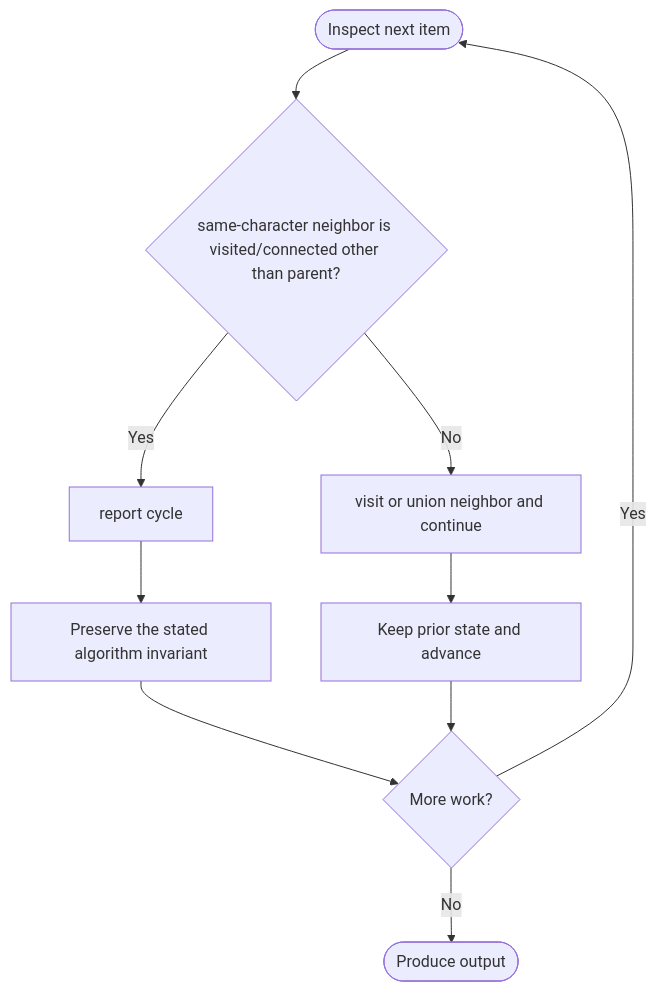
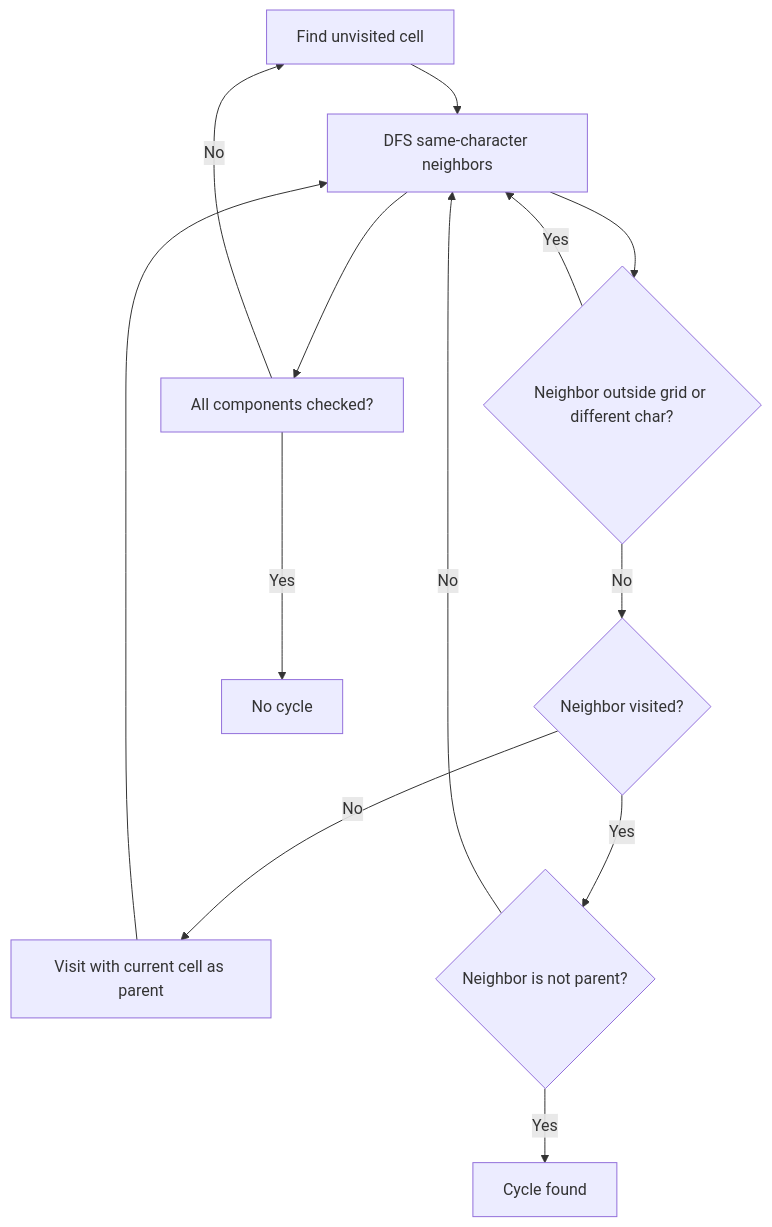
One commit to SAIDEEPBHANGE/C-CPP-Codes changed the diagram in LeetCode/1559/README.md. Above: the diagram before and after it, drawn with Mermaid. The commit also changed other lines of this file and 196 other files, not shown here.

````diff
--- a/LeetCode/1559/README.md
+++ b/LeetCode/1559/README.md
@@ -28,12 +28,15 @@
 ```mermaid
 flowchart TD
-    A([Inspect next item]) --> B{same-character neighbor is visited/connected other than parent?}
-    B -- Yes --> C[report cycle]
-    B -- No --> D[visit or union neighbor and continue]
-    C --> E[Preserve the stated algorithm invariant]
-    D --> F[Keep prior state and advance]
-    E --> G{More work?}
-    F --> G
-    G -- Yes --> A
-    G -- No --> H([Produce output])
+    A[Find unvisited cell] --> B[DFS same-character neighbors]
+    B --> C{Neighbor outside grid or different char?}
+    C -- Yes --> B
+    C -- No --> D{Neighbor visited?}
+    D -- No --> E[Visit with current cell as parent]
+    E --> B
+    D -- Yes --> F{Neighbor is not parent?}
+    F -- Yes --> G[Cycle found]
+    F -- No --> B
+    B --> H[All components checked?]
+    H -- No --> A
+    H -- Yes --> I[No cycle]
 ```
````
